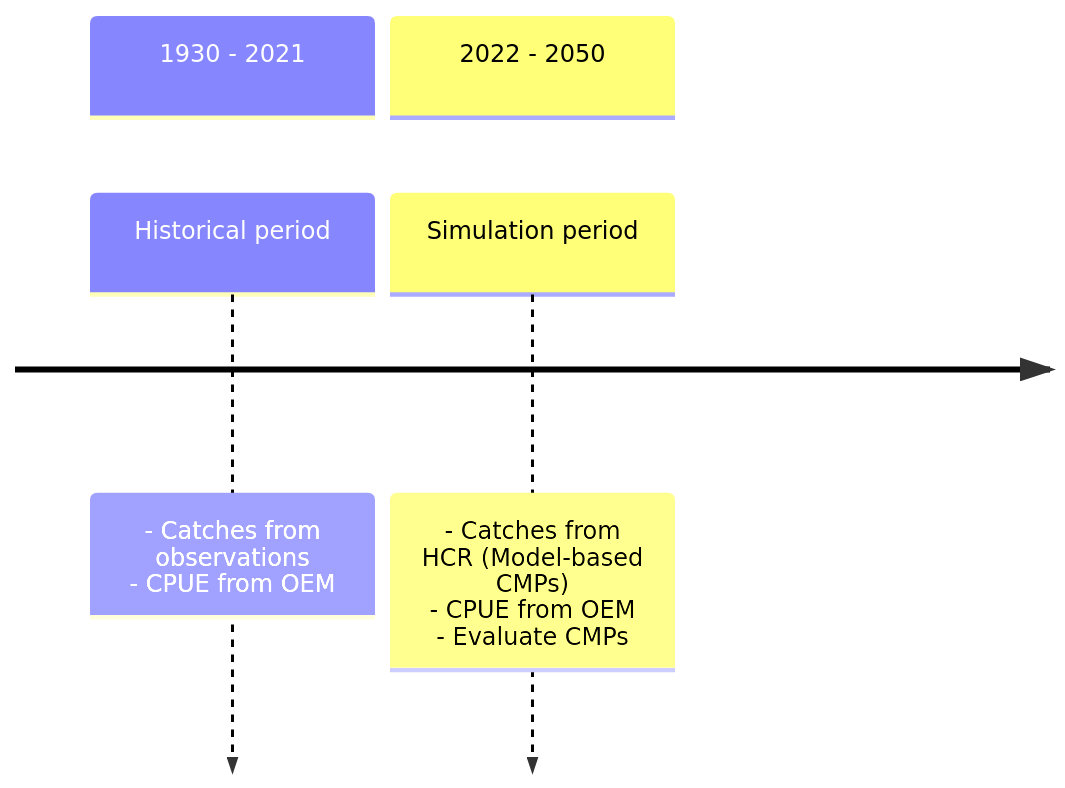
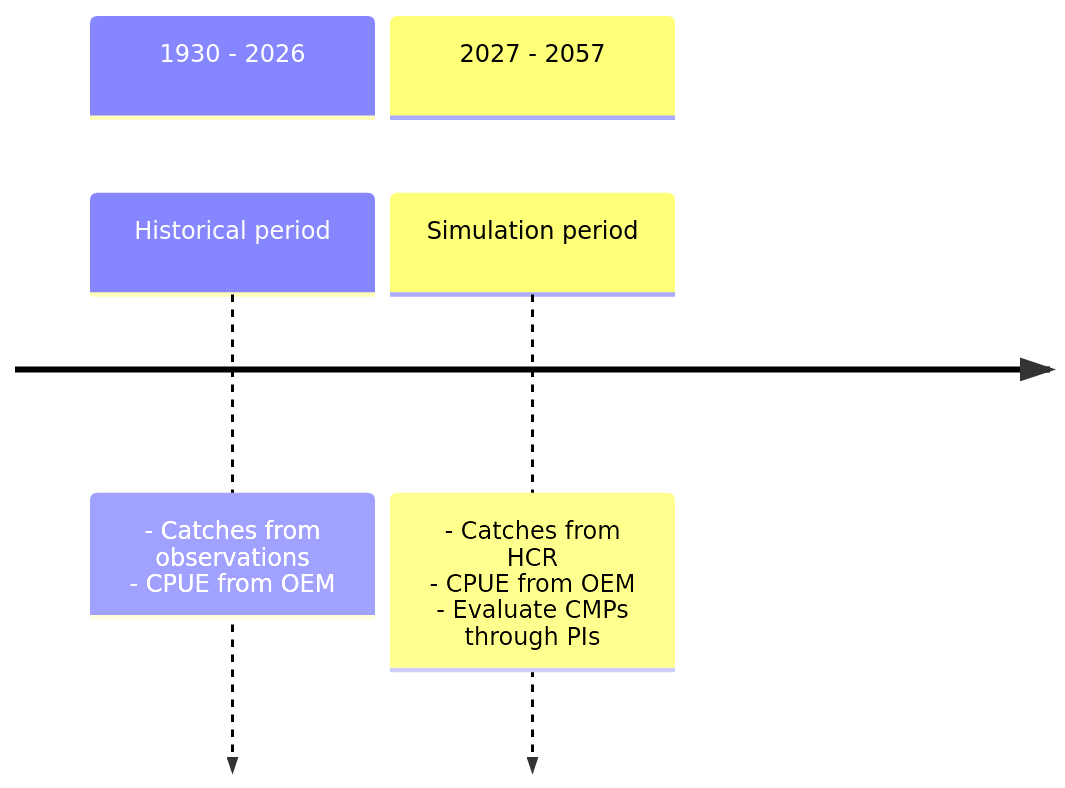
Before and after one commit to ICCAT/nalb-mse-2: the diagram in docs/TechSpec/Trial_Specs.qmd, drawn with Mermaid. The commit also changed other lines of this file and 9 other files, not shown here.

````diff
--- a/docs/TechSpec/Trial_Specs.qmd
+++ b/docs/TechSpec/Trial_Specs.qmd
@@ -228,9 +194,9 @@
 ```{mermaid}
 %%| label: fig-time
 %%| fig-cap: Periods in the MSE and main differences between them.
 timeline
-    section 1930 - 2021
+    section 1930 - 2026
         Historical period : - Catches from observations <br> - CPUE from OEM
-    section 2022 - 2050
-        Simulation period : - Catches from HCR (Model-based CMPs) <br> - CPUE from OEM <br> - Evaluate CMPs
+    section 2027 - 2057
+        Simulation period : - Catches from HCR <br> - CPUE from OEM <br> - Evaluate CMPs through PIs
 ```
````
